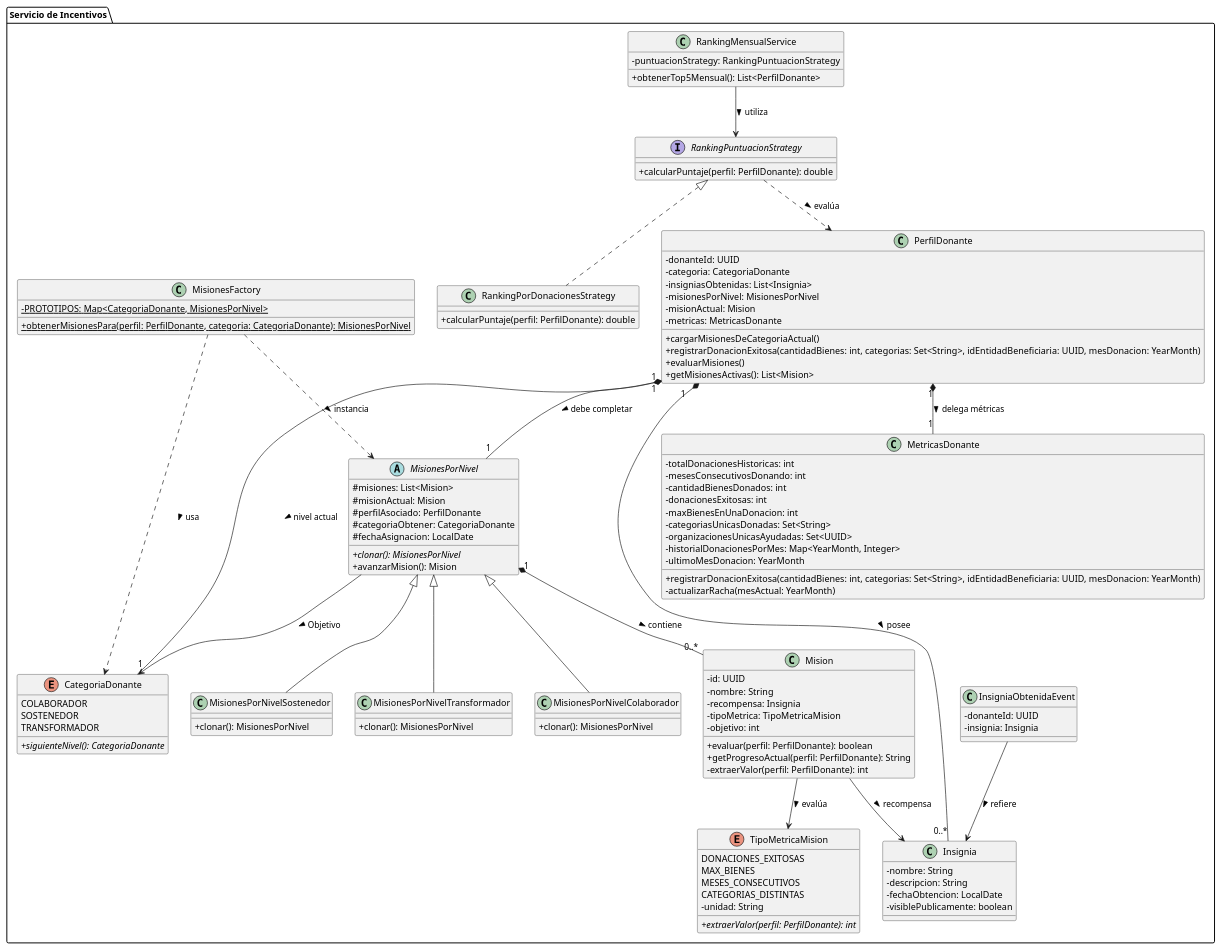
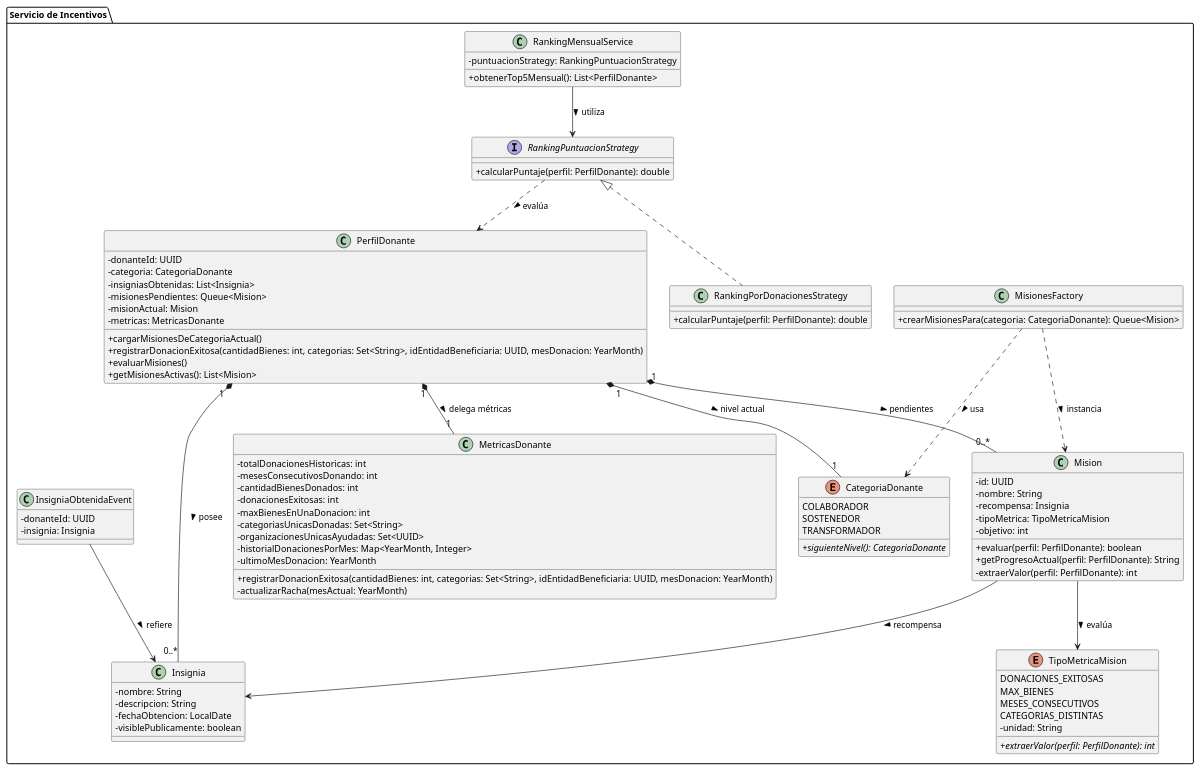
Before and after one commit to matefernandezcc/DonaTrack: the diagram in diagramas/incentivos/ServicioIncentivos.puml, drawn with PlantUML. The commit also changed 6 other files, not shown here.

```diff
--- a/diagramas/incentivos/ServicioIncentivos.puml
+++ b/diagramas/incentivos/ServicioIncentivos.puml
@@ -1,135 +1,111 @@
 @startuml ServicioIncentivos.puml
 skinparam classAttributeIconSize 0
 
 package "Servicio de Incentivos" {
 
     enum CategoriaDonante {
         COLABORADOR
         SOSTENEDOR
         TRANSFORMADOR
         + {abstract} siguienteNivel(): CategoriaDonante
     }
 
     enum TipoMetricaMision {
         DONACIONES_EXITOSAS
         MAX_BIENES
         MESES_CONSECUTIVOS
         CATEGORIAS_DISTINTAS
         - unidad: String
         + {abstract} extraerValor(perfil: PerfilDonante): int
     }
 
 
     class PerfilDonante {
         - donanteId: UUID
         - categoria: CategoriaDonante
         - insigniasObtenidas: List<Insignia>
-        - misionesPorNivel: MisionesPorNivel
+        - misionesPendientes: Queue<Mision>
         - misionActual: Mision
         - metricas: MetricasDonante
         + cargarMisionesDeCategoriaActual()
         + registrarDonacionExitosa(cantidadBienes: int, categorias: Set<String>, idEntidadBeneficiaria: UUID, mesDonacion: YearMonth)
         + evaluarMisiones()
         + getMisionesActivas(): List<Mision>
     }
 
     class MetricasDonante {
         - totalDonacionesHistoricas: int
         - mesesConsecutivosDonando: int
         - cantidadBienesDonados: int
         - donacionesExitosas: int
         - maxBienesEnUnaDonacion: int
         - categoriasUnicasDonadas: Set<String>
         - organizacionesUnicasAyudadas: Set<UUID>
         - historialDonacionesPorMes: Map<YearMonth, Integer>
         - ultimoMesDonacion: YearMonth
         + registrarDonacionExitosa(cantidadBienes: int, categorias: Set<String>, idEntidadBeneficiaria: UUID, mesDonacion: YearMonth)
         - actualizarRacha(mesActual: YearMonth)
     }
 
-    abstract class MisionesPorNivel {
-        # misiones: List<Mision>
-        # misionActual: Mision
-        # perfilAsociado: PerfilDonante
-        # categoriaObtener: CategoriaDonante
-        # fechaAsignacion: LocalDate
-        + {abstract} clonar(): MisionesPorNivel
-        + avanzarMision(): Mision
-    }
 
-    class MisionesPorNivelColaborador extends MisionesPorNivel {
-        + clonar(): MisionesPorNivel
-    }
-
-    class MisionesPorNivelSostenedor extends MisionesPorNivel {
-        + clonar(): MisionesPorNivel
-    }
-
-    class MisionesPorNivelTransformador extends MisionesPorNivel {
-        + clonar(): MisionesPorNivel
-    }
 
     class Mision {
         - id: UUID
         - nombre: String
         - recompensa: Insignia
         - tipoMetrica: TipoMetricaMision
         - objetivo: int
         + evaluar(perfil: PerfilDonante): boolean
         + getProgresoActual(perfil: PerfilDonante): String
         - extraerValor(perfil: PerfilDonante): int
     }
 
     class Insignia {
         - nombre: String
         - descripcion: String
         - fechaObtencion: LocalDate
         - visiblePublicamente: boolean
     }
 
     class InsigniaObtenidaEvent {
         - donanteId: UUID
         - insignia: Insignia
     }
 
     class MisionesFactory {
-        - {static} PROTOTIPOS: Map<CategoriaDonante, MisionesPorNivel>
-        + {static} obtenerMisionesPara(perfil: PerfilDonante, categoria: CategoriaDonante): MisionesPorNivel
+        + crearMisionesPara(categoria: CategoriaDonante): Queue<Mision>
     }
 
     class RankingMensualService {
         - puntuacionStrategy: RankingPuntuacionStrategy
         + obtenerTop5Mensual(): List<PerfilDonante>
     }
 
     interface RankingPuntuacionStrategy {
         + calcularPuntaje(perfil: PerfilDonante): double
     }
 
     class RankingPorDonacionesStrategy implements RankingPuntuacionStrategy {
         + calcularPuntaje(perfil: PerfilDonante): double
     }
 
 
 
     ' Relaciones
     PerfilDonante "1" *-- "1" CategoriaDonante : nivel actual >
-    PerfilDonante "1" *-- "1" MisionesPorNivel : debe completar >
+    PerfilDonante "1" *-- "0..*" Mision : pendientes >
     PerfilDonante "1" *-- "0..*" Insignia : posee >
-
-    MisionesPorNivel "1" *-- "0..*" Mision : contiene >
-    MisionesPorNivel --> CategoriaDonante : Objetivo >
 
     Mision --> Insignia : recompensa >
     Mision --> TipoMetricaMision : evalúa >
     PerfilDonante "1" *-- "1" MetricasDonante : delega métricas >
 
-    MisionesFactory ..> MisionesPorNivel : instancia >
+    MisionesFactory ..> Mision : instancia >
     MisionesFactory ..> CategoriaDonante : usa >
 
     InsigniaObtenidaEvent --> Insignia : refiere >
 
     RankingMensualService --> RankingPuntuacionStrategy : utiliza >
     RankingPuntuacionStrategy ..> PerfilDonante : evalúa >
 }
 @enduml
```
